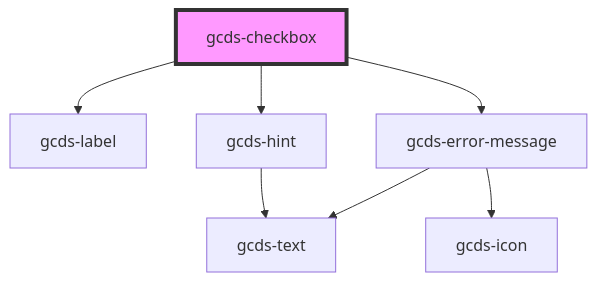
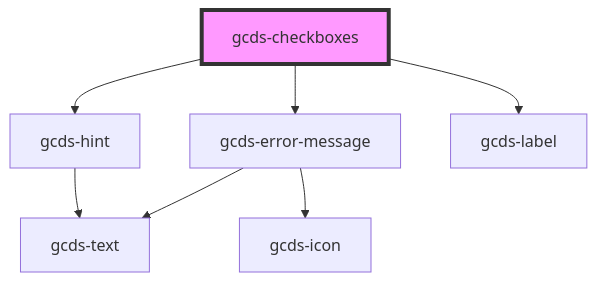
Before and after one commit to cds-snc/gcds-components: the diagram in packages/web/src/components/gcds-checkboxes/readme.md, drawn with Mermaid. The commit also changed other lines of this file and 10 other files, not shown here.

````diff
--- a/packages/web/src/components/gcds-checkboxes/readme.md
+++ b/packages/web/src/components/gcds-checkboxes/readme.md
@@ -59,10 +58,10 @@
 ```mermaid
 graph TD;
-  gcds-checkbox --> gcds-label
-  gcds-checkbox --> gcds-hint
-  gcds-checkbox --> gcds-error-message
+  gcds-checkboxes --> gcds-hint
+  gcds-checkboxes --> gcds-error-message
+  gcds-checkboxes --> gcds-label
   gcds-hint --> gcds-text
   gcds-error-message --> gcds-text
   gcds-error-message --> gcds-icon
-  style gcds-checkbox fill:#f9f,stroke:#333,stroke-width:4px
+  style gcds-checkboxes fill:#f9f,stroke:#333,stroke-width:4px
 ```
````
